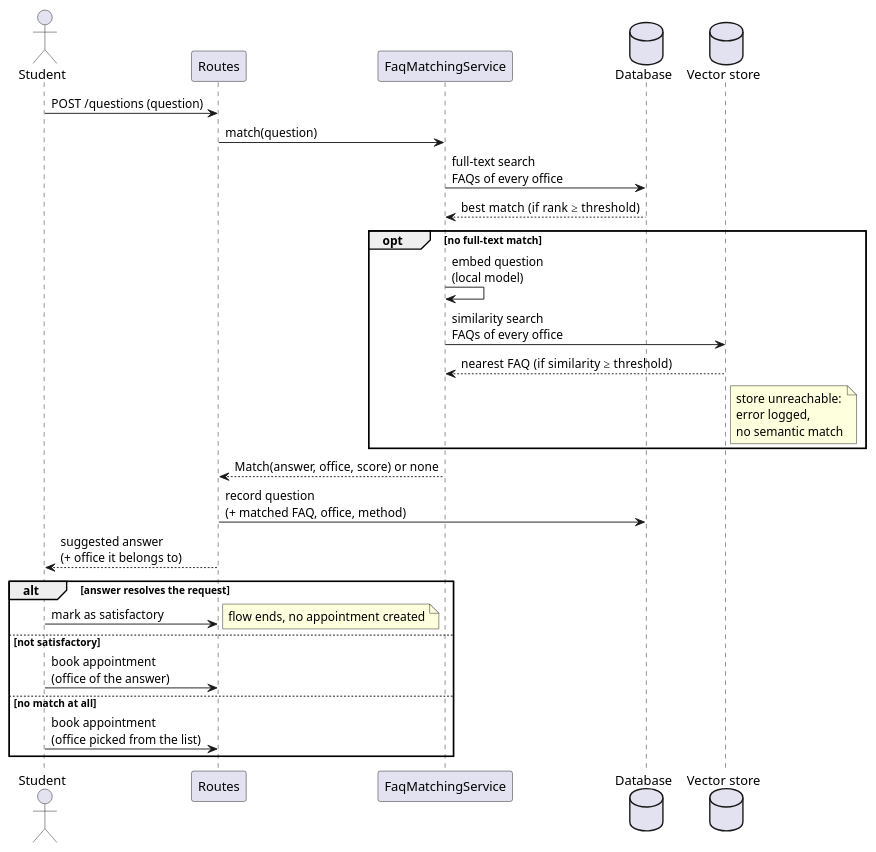
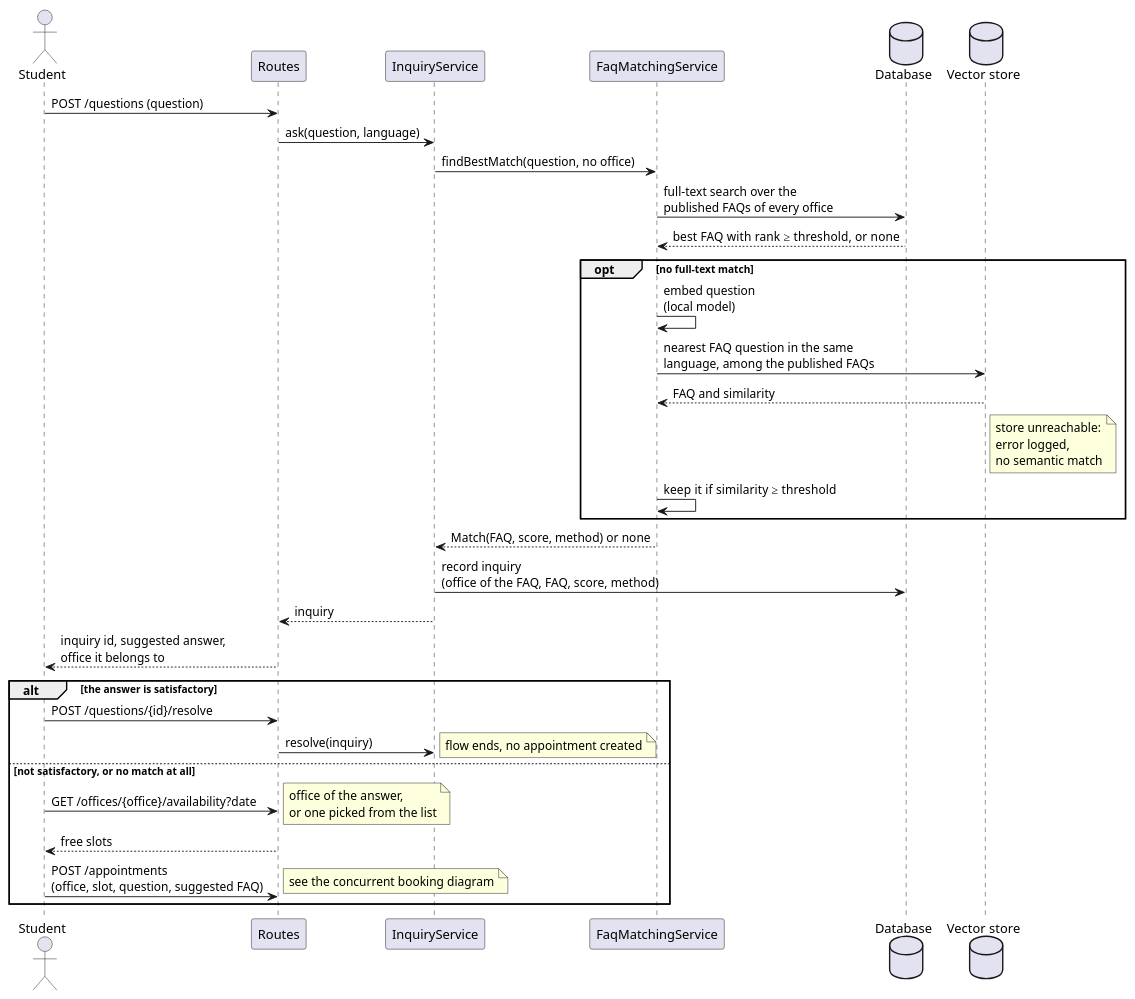
The diagram in sections/03-design/assets/seq1.puml (unibo-dtm-se-2526-PRONTO/report), drawn with PlantUML before and after one commit. The commit also changed 11 other files, not shown here.

```diff
--- a/sections/03-design/assets/seq1.puml
+++ b/sections/03-design/assets/seq1.puml
@@ -1,32 +1,40 @@
 @startuml seq1
+skinparam shadowing false
 actor Student as student
 participant "Routes" as routes
+participant "InquiryService" as inq
 participant "FaqMatchingService" as faqsvc
 database "Database" as db
 database "Vector store" as vs
 
 student -> routes : POST /questions (question)
-routes -> faqsvc : match(question)
+routes -> inq : ask(question, language)
+inq -> faqsvc : findBestMatch(question, no office)
 
-faqsvc -> db : full-text search\nFAQs of every office
-db --> faqsvc : best match (if rank ≥ threshold)
+faqsvc -> db : full-text search over the\npublished FAQs of every office
+db --> faqsvc : best FAQ with rank ≥ threshold, or none
 opt no full-text match
   faqsvc -> faqsvc : embed question\n(local model)
-  faqsvc -> vs : similarity search\nFAQs of every office
-  vs --> faqsvc : nearest FAQ (if similarity ≥ threshold)
+  faqsvc -> vs : nearest FAQ question in the same\nlanguage, among the published FAQs
+  vs --> faqsvc : FAQ and similarity
   note right of vs : store unreachable:\nerror logged,\nno semantic match
+  faqsvc -> faqsvc : keep it if similarity ≥ threshold
 end
-faqsvc --> routes : Match(answer, office, score) or none
+faqsvc --> inq : Match(FAQ, score, method) or none
 
-routes -> db : record question\n(+ matched FAQ, office, method)
-routes --> student : suggested answer\n(+ office it belongs to)
+inq -> db : record inquiry\n(office of the FAQ, FAQ, score, method)
+inq --> routes : inquiry
+routes --> student : inquiry id, suggested answer,\noffice it belongs to
 
-alt answer resolves the request
-  student -> routes : mark as satisfactory
+alt the answer is satisfactory
+  student -> routes : POST /questions/{id}/resolve
+  routes -> inq : resolve(inquiry)
   note right : flow ends, no appointment created
-else not satisfactory
-  student -> routes : book appointment\n(office of the answer)
-else no match at all
-  student -> routes : book appointment\n(office picked from the list)
+else not satisfactory, or no match at all
+  student -> routes : GET /offices/{office}/availability?date
+  note right : office of the answer,\nor one picked from the list
+  routes --> student : free slots
+  student -> routes : POST /appointments\n(office, slot, question, suggested FAQ)
+  note right : see the concurrent booking diagram
 end
 @enduml
```
